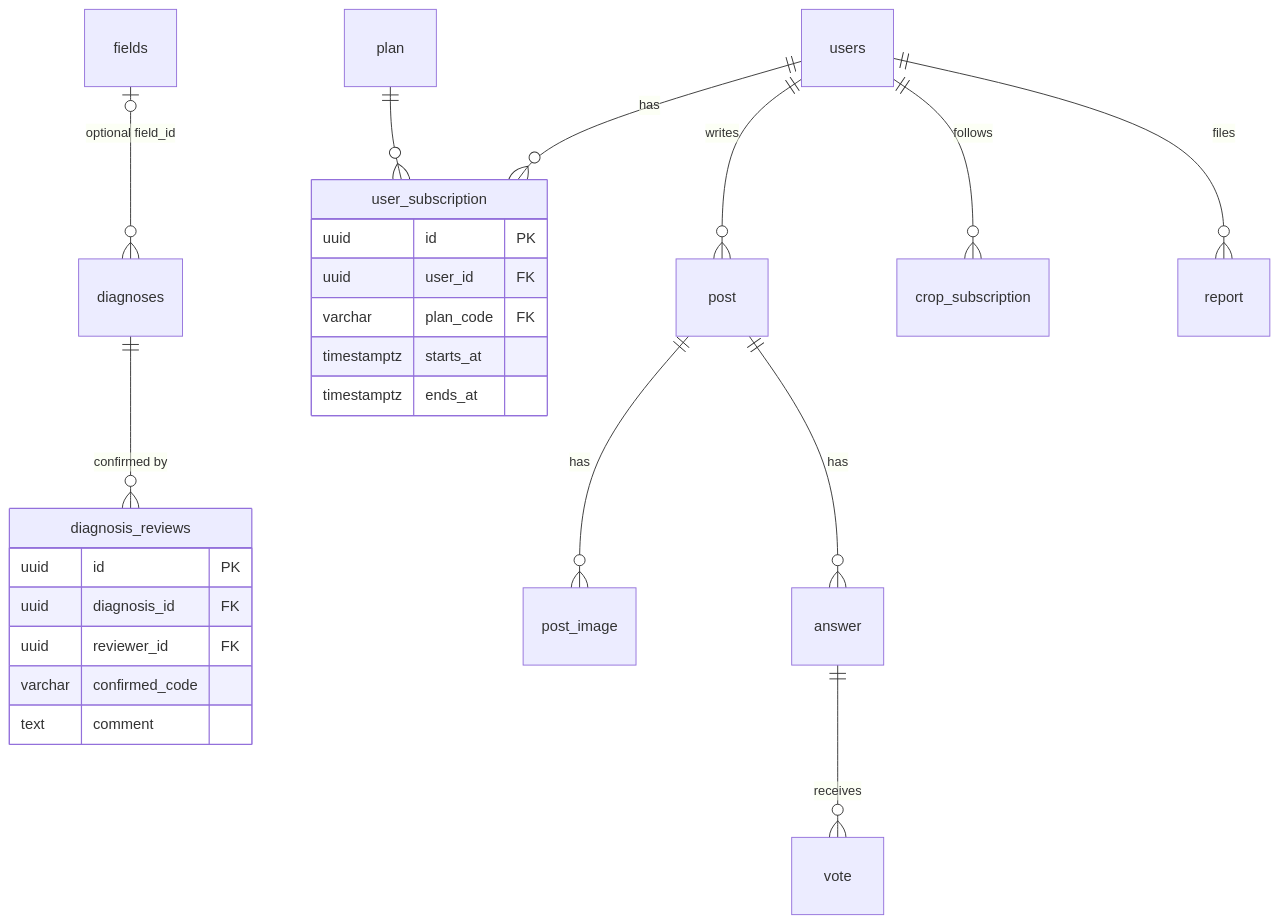
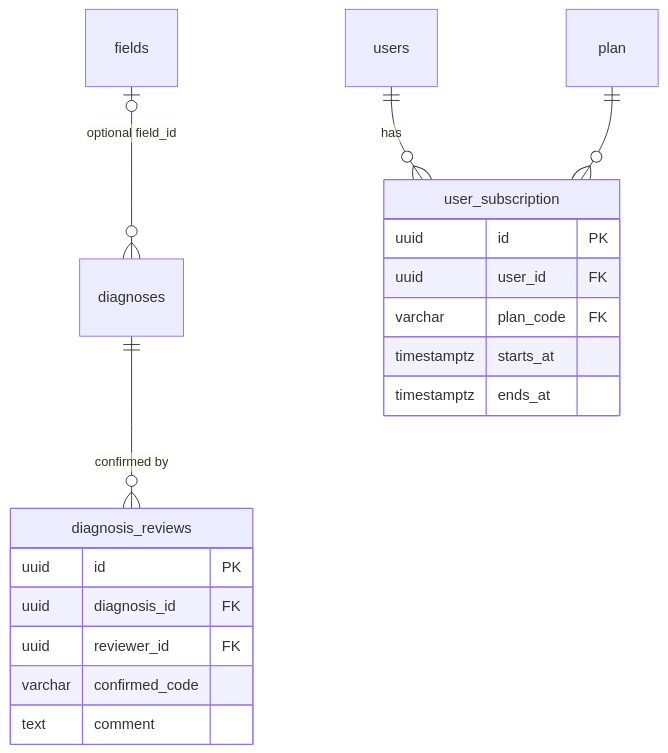
Before and after one commit to nurbolatdev/agroadvisor-kz: the second of 2 diagrams in docs/diagrams/database-er.md, drawn with Mermaid. The commit also changed other lines of this file and 1 other file, not shown here.

````diff
--- a/docs/diagrams/database-er.md
+++ b/docs/diagrams/database-er.md
@@ -343,28 +435,22 @@
 ```mermaid
 erDiagram
     fields |o--o{ diagnoses : "optional field_id"
     diagnoses ||--o{ diagnosis_reviews : "confirmed by"
     users ||--o{ user_subscription : has
     plan ||--o{ user_subscription : ""
-    users ||--o{ post : writes
-    post ||--o{ post_image : has
-    post ||--o{ answer : has
-    answer ||--o{ vote : receives
-    users ||--o{ crop_subscription : follows
-    users ||--o{ report : files
 
     diagnosis_reviews {
         uuid id PK
         uuid diagnosis_id FK
         uuid reviewer_id FK
         varchar confirmed_code
         text comment
     }
     user_subscription {
         uuid id PK
         uuid user_id FK
         varchar plan_code FK
         timestamptz starts_at
         timestamptz ends_at
     }
 ```
````
